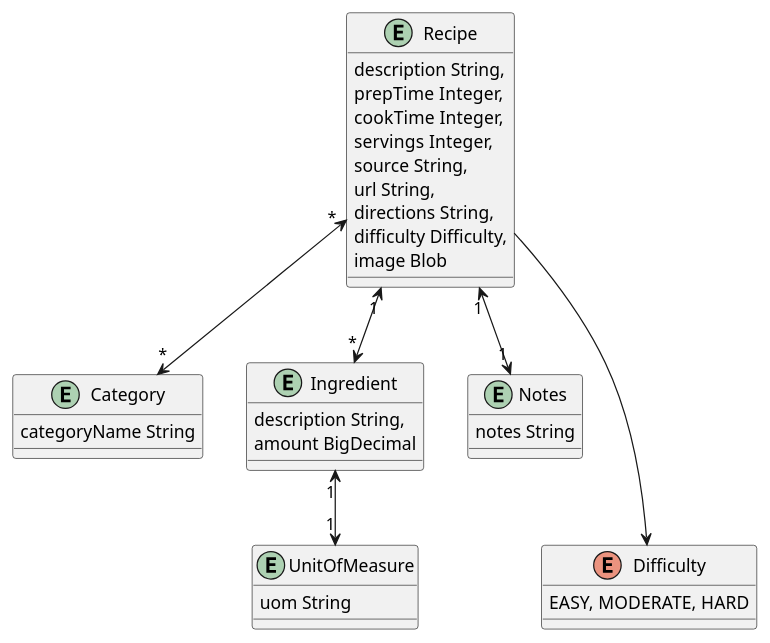
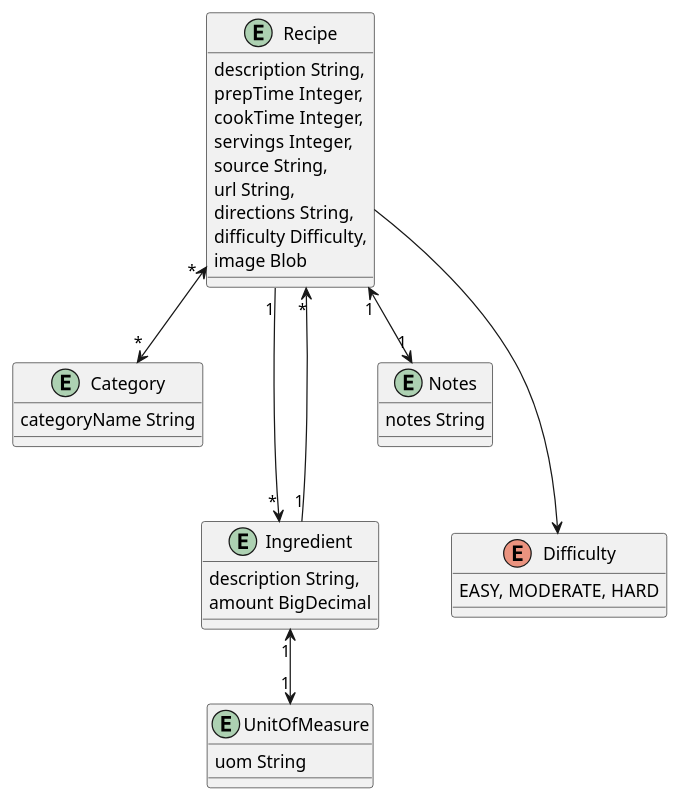
One commit to flozo/spring5-recipe-app changed the diagram in recipe_data_model.puml. Above: the diagram before and after it, drawn with PlantUML. The commit also changed 2 other files, not shown here.

Commit message:
Add Ingredient; create many-to-one relationship to Recipe

```diff
--- a/recipe_data_model.puml
+++ b/recipe_data_model.puml
@@ -1,42 +1,43 @@
 @startuml
 
 entity Recipe {
 	description String,
 	prepTime Integer,
     cookTime Integer,
     servings Integer,
     source String,
     url String,
     directions String,
     difficulty Difficulty,
     image Blob
 }
 
 entity Category {
 	categoryName String
 }
 
 entity Ingredient {
 	description String,
 	amount BigDecimal
 }
 
 entity UnitOfMeasure {
 	uom String
 }
 
 entity Notes {
 	notes String
 }
 
 enum Difficulty {
 	EASY, MODERATE, HARD
 }
 
 Recipe "1" <--> "1" Notes
-Recipe "1" <--> "*" Ingredient
+Recipe "1" ---> "*" Ingredient
+Recipe "*" <--- "1" Ingredient
 Recipe "*" <--> "*" Category
 Recipe ---> Difficulty
 Ingredient "1" <--> "1" UnitOfMeasure
 
 @enduml
```
